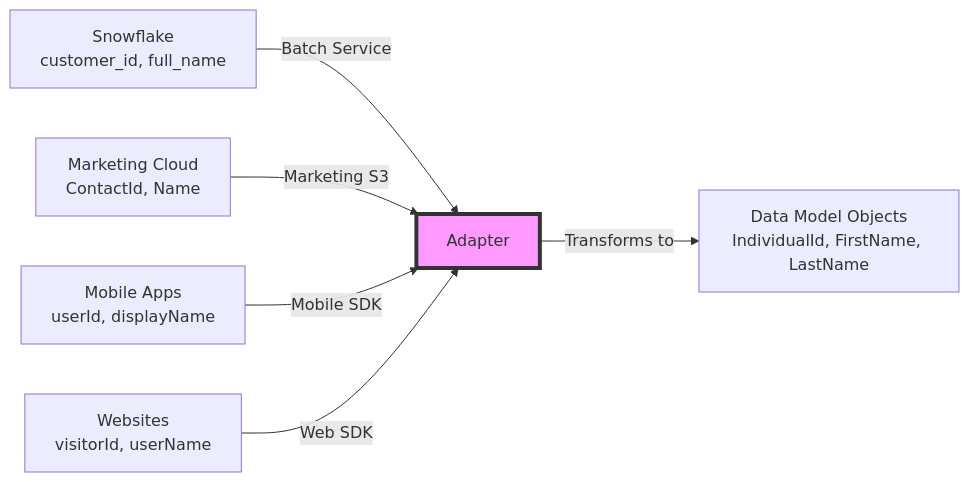
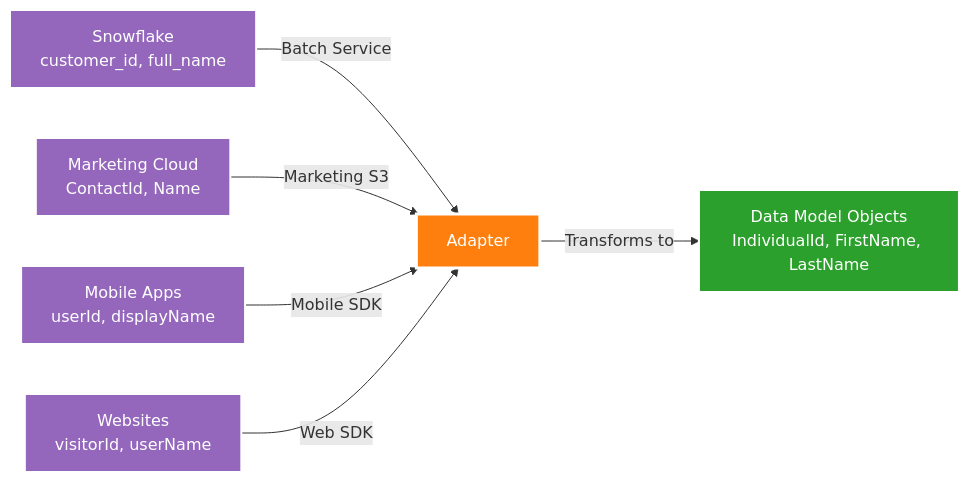
One commit to arupsarkar-sfdc/Misc changed the fourth of 20 diagrams in README_DataCloud_Patterns_Data_Examples.md. Above: the diagram before and after it, drawn with Mermaid. The commit also changed other lines of this file and 1 other file, not shown here.

````diff
--- a/README_DataCloud_Patterns_Data_Examples.md
+++ b/README_DataCloud_Patterns_Data_Examples.md
@@ -100,11 +798,16 @@
 ```mermaid
 graph LR
     A[Snowflake<br/>customer_id, full_name] -->|Batch Service| B[Adapter]
     C[Marketing Cloud<br/>ContactId, Name] -->|Marketing S3| B
     D[Mobile Apps<br/>userId, displayName] -->|Mobile SDK| B
     E[Websites<br/>visitorId, userName] -->|Web SDK| B
     
     B -->|Transforms to| F[Data Model Objects<br/>IndividualId, FirstName, LastName]
     
-    style B fill:#f9f,stroke:#333,stroke-width:4px
+    style A fill:#9467bd,stroke:#ffffff,stroke-width:2px,color:#ffffff
+    style B fill:#ff7f0e,stroke:#ffffff,stroke-width:3px,color:#ffffff
+    style C fill:#9467bd,stroke:#ffffff,stroke-width:2px,color:#ffffff
+    style D fill:#9467bd,stroke:#ffffff,stroke-width:2px,color:#ffffff
+    style E fill:#9467bd,stroke:#ffffff,stroke-width:2px,color:#ffffff
+    style F fill:#2ca02c,stroke:#ffffff,stroke-width:2px,color:#ffffff
 ```
````
